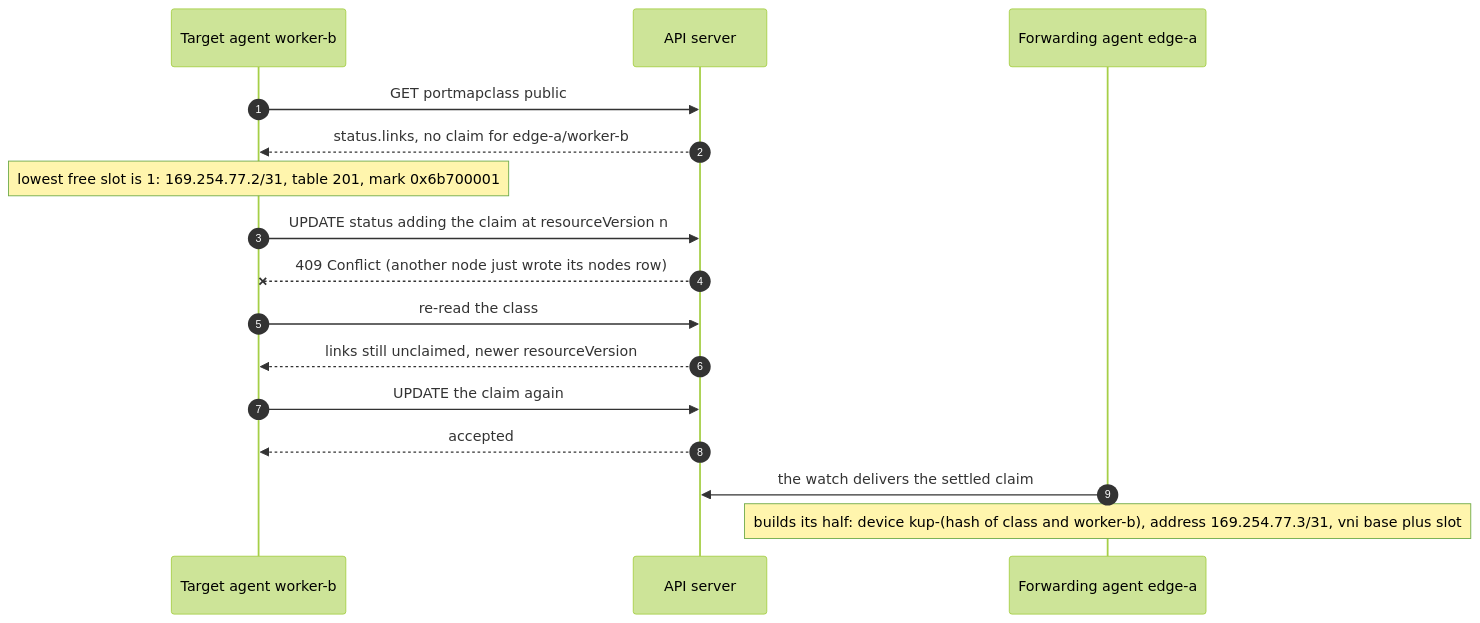
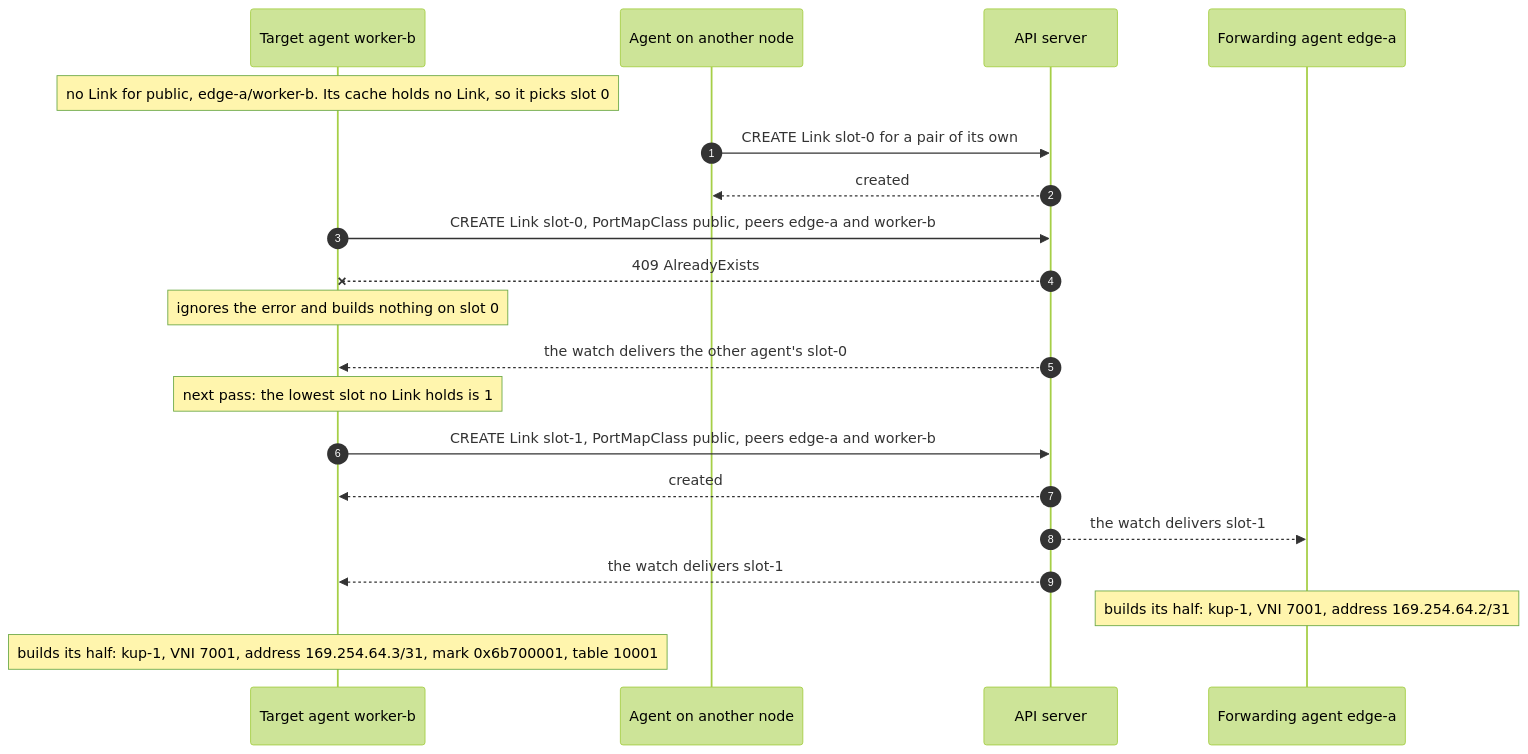
Before and after one commit to walzen-group/kuport: the second of 2 diagrams in docs/architecture.md, drawn with Mermaid (forest theme). The commit also changed other lines of this file and 9 other files, not shown here.

First line of the commit message:
docs: links come from a cluster-wide pool of Link objects

````diff
--- a/docs/architecture.md
+++ b/docs/architecture.md
@@ -103,18 +122,22 @@
 ```mermaid
 sequenceDiagram
     autonumber
     participant T as Target agent worker-b
+    participant O as Agent on another node
     participant API as API server
     participant E as Forwarding agent edge-a
-    T->>API: GET portmapclass public
-    API-->>T: status.links, no claim for edge-a/worker-b
-    Note over T: lowest free slot is 1: 169.254.77.2/31, table 201, mark 0x6b700001
-    T->>API: UPDATE status adding the claim at resourceVersion n
-    API--xT: 409 Conflict (another node just wrote its nodes row)
-    T->>API: re-read the class
-    API-->>T: links still unclaimed, newer resourceVersion
-    T->>API: UPDATE the claim again
-    API-->>T: accepted
-    E->>API: the watch delivers the settled claim
-    Note over E: builds its half: device kup-(hash of class and worker-b), address 169.254.77.3/31, vni base plus slot
+    Note over T: no Link for public, edge-a/worker-b. Its cache holds no Link, so it picks slot 0
+    O->>API: CREATE Link slot-0 for a pair of its own
+    API-->>O: created
+    T->>API: CREATE Link slot-0, PortMapClass public, peers edge-a and worker-b
+    API--xT: 409 AlreadyExists
+    Note over T: ignores the error and builds nothing on slot 0
+    API-->>T: the watch delivers the other agent's slot-0
+    Note over T: next pass: the lowest slot no Link holds is 1
+    T->>API: CREATE Link slot-1, PortMapClass public, peers edge-a and worker-b
+    API-->>T: created
+    API-->>E: the watch delivers slot-1
+    API-->>T: the watch delivers slot-1
+    Note over E: builds its half: kup-1, VNI 7001, address 169.254.64.2/31
+    Note over T: builds its half: kup-1, VNI 7001, address 169.254.64.3/31, mark 0x6b700001, table 10001
 ```
````
